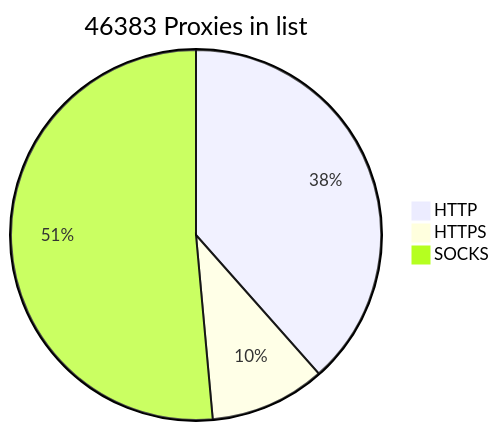
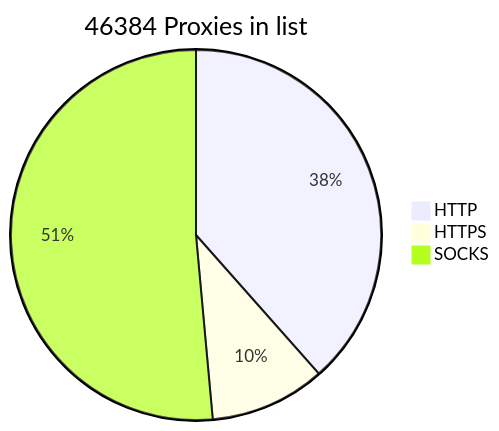
Before and after one commit to BlackSnowDot/proxylist-update-every-minute: the diagram in README.md, drawn with Mermaid.

````diff
--- a/README.md
+++ b/README.md
@@ -2,6 +2,6 @@
 ```mermaid
-pie title 46383 Proxies in list
+pie title 46384 Proxies in list
     "HTTP" : 19549
     "HTTPS": 5129
-    "SOCKS" : 26146
+    "SOCKS" : 26147
 ```
````
